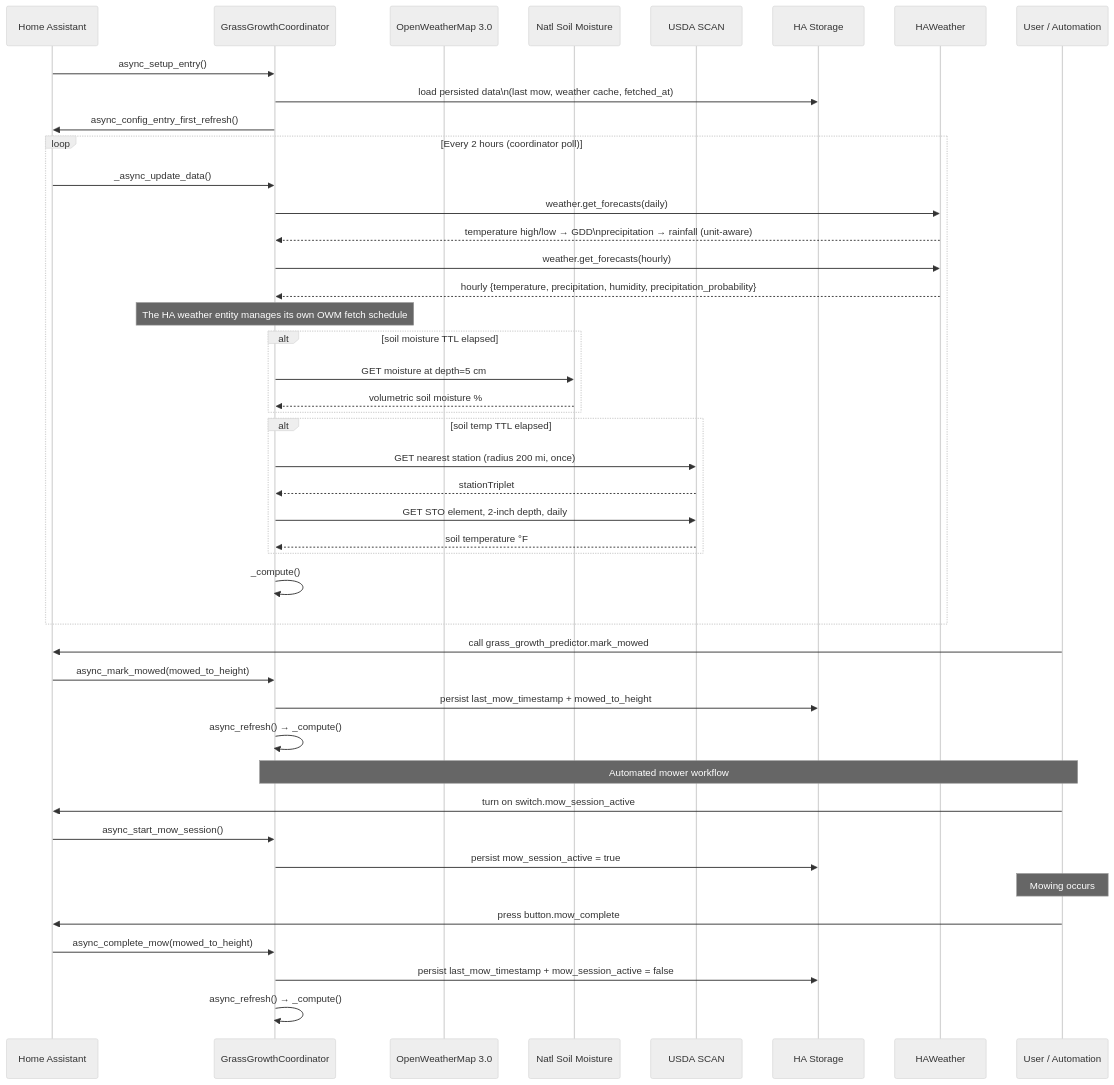
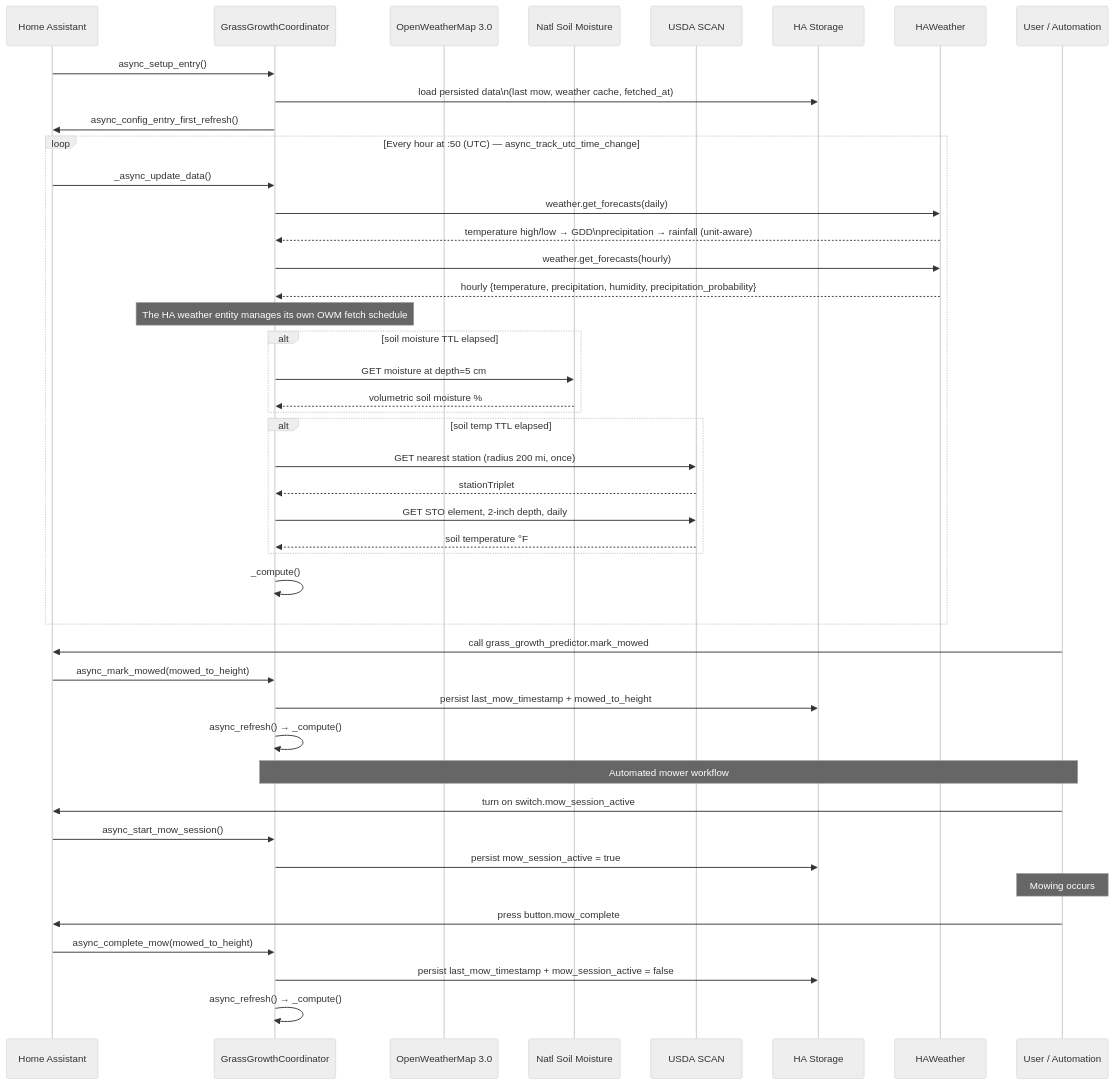
One commit to seanmahrt/hacs_grass_estimator changed the second of 3 diagrams in ARCHITECTURE.md. Above: the diagram before and after it, drawn with Mermaid (neutral theme). The commit also changed other lines of this file and 4 other files, not shown here.

````diff
--- a/ARCHITECTURE.md
+++ b/ARCHITECTURE.md
@@ -128,49 +128,49 @@
 ```mermaid
 sequenceDiagram
     participant HA as Home Assistant
     participant Coord as GrassGrowthCoordinator
     participant OWM as OpenWeatherMap 3.0
     participant NSM as Natl Soil Moisture
     participant SCAN as USDA SCAN
     participant Store as HA Storage
 
     HA->>Coord: async_setup_entry()
     Coord->>Store: load persisted data\n(last mow, weather cache, fetched_at)
     Coord->>HA: async_config_entry_first_refresh()
 
-    loop Every 2 hours (coordinator poll)
+    loop Every hour at :50 (UTC) — async_track_utc_time_change
         HA->>Coord: _async_update_data()
         Coord->>HAWeather: weather.get_forecasts(daily)
         HAWeather-->>Coord: temperature high/low → GDD\nprecipitation → rainfall (unit-aware)
         Coord->>HAWeather: weather.get_forecasts(hourly)
         HAWeather-->>Coord: hourly {temperature, precipitation, humidity, precipitation_probability}
         note over Coord: The HA weather entity manages its own OWM fetch schedule
         alt soil moisture TTL elapsed
             Coord->>NSM: GET moisture at depth=5 cm
             NSM-->>Coord: volumetric soil moisture %
         end
         alt soil temp TTL elapsed
             Coord->>SCAN: GET nearest station (radius 200 mi, once)
             SCAN-->>Coord: stationTriplet
             Coord->>SCAN: GET STO element, 2-inch depth, daily
             SCAN-->>Coord: soil temperature °F
         end
         Coord->>Coord: _compute()
     end
 
     participant User as User / Automation
     User->>HA: call grass_growth_predictor.mark_mowed
     HA->>Coord: async_mark_mowed(mowed_to_height)
     Coord->>Store: persist last_mow_timestamp + mowed_to_height
     Coord->>Coord: async_refresh() → _compute()
 
     note over User,Coord: Automated mower workflow
     User->>HA: turn on switch.mow_session_active
     HA->>Coord: async_start_mow_session()
     Coord->>Store: persist mow_session_active = true
     note over User: Mowing occurs
     User->>HA: press button.mow_complete
     HA->>Coord: async_complete_mow(mowed_to_height)
     Coord->>Store: persist last_mow_timestamp + mow_session_active = false
     Coord->>Coord: async_refresh() → _compute()
 ```
````
